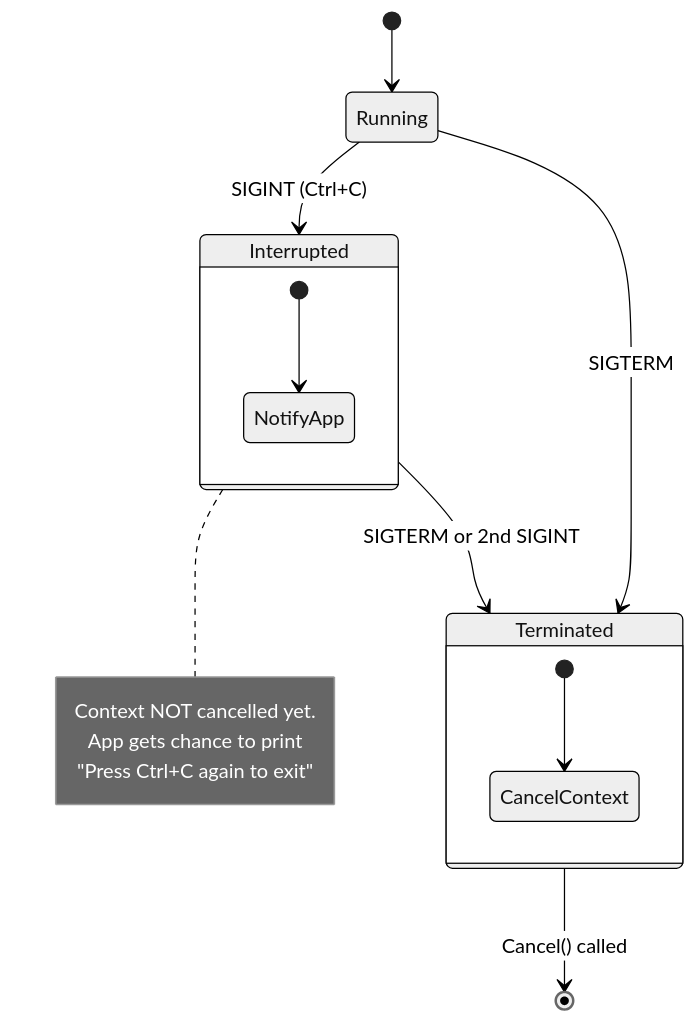
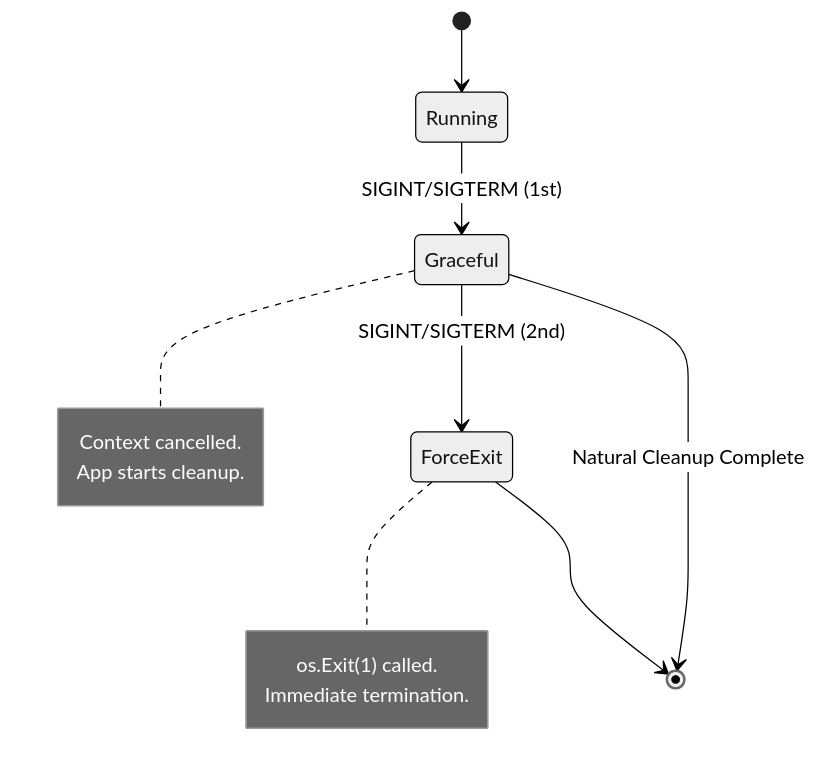
The first of 2 diagrams in docs/TECHNICAL.md (aretw0/lifecycle), drawn with Mermaid (neutral theme) before and after one commit. The commit also changed other lines of this file and 1 other file, not shown here.

Commit message:
docs: update technical architecture and roadmap with observability and signal refinements

````diff
--- a/docs/TECHNICAL.md
+++ b/docs/TECHNICAL.md
@@ -13,24 +13,19 @@
 ```mermaid
 stateDiagram-v2
     [*] --> Running
     
-    Running --> Interrupted: SIGINT (Ctrl+C)
-    note right of Interrupted
-        Context NOT cancelled yet.
-        App gets chance to print
-        "Press Ctrl+C again to exit"
+    Running --> Graceful: SIGINT/SIGTERM (1st)
+    note right of Graceful
+        Context cancelled.
+        App starts cleanup.
     end note
 
-    Running --> Terminated: SIGTERM
-    
-    Interrupted --> Terminated: SIGTERM or 2nd SIGINT
-    Terminated --> [*]: Cancel() called
-    
-    state Interrupted {
-        [*] --> NotifyApp
-    }
-    
-    state Terminated {
-        [*] --> CancelContext
-    }
+    Graceful --> ForceExit: SIGINT/SIGTERM (2nd)
+    note right of ForceExit
+        os.Exit(1) called.
+        Immediate termination.
+    end note
+
+    ForceExit --> [*]
+    Graceful --> [*]: Natural Cleanup Complete
 ```
````
